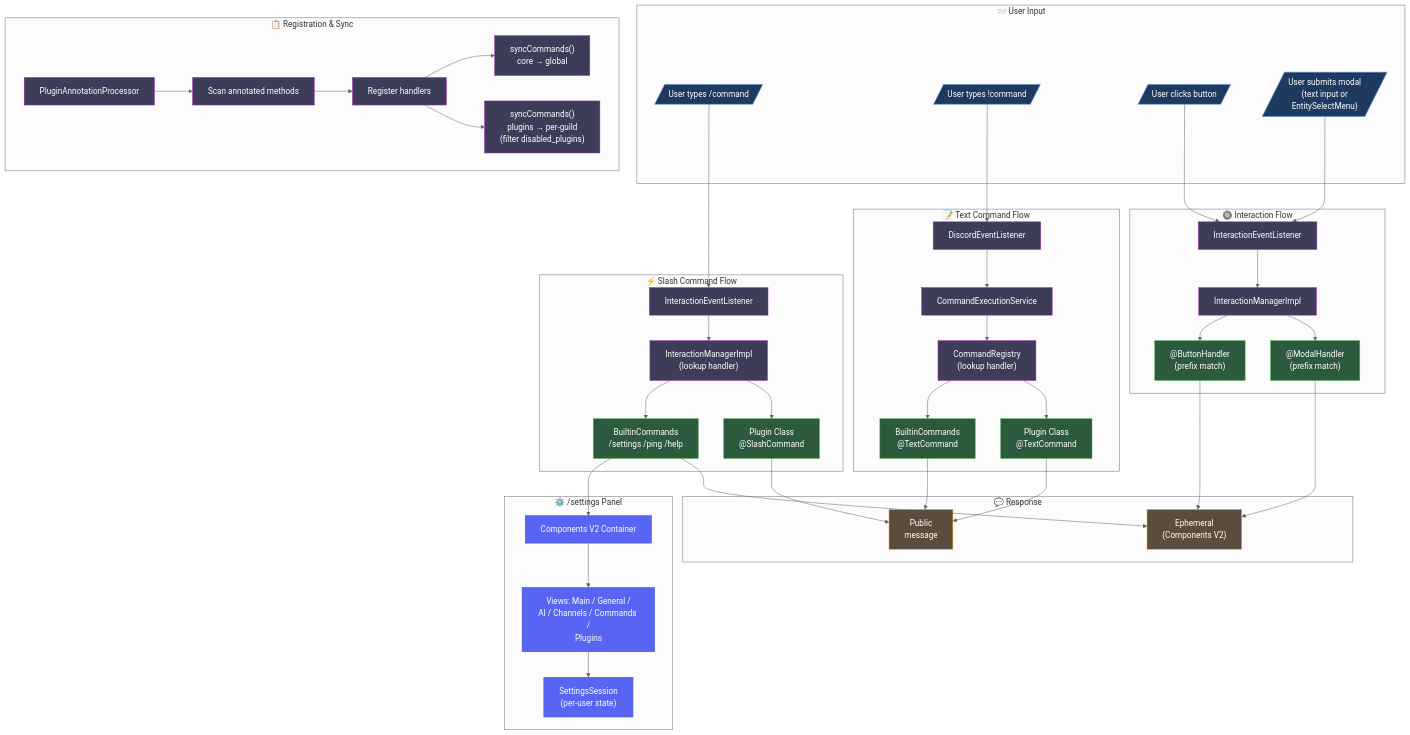
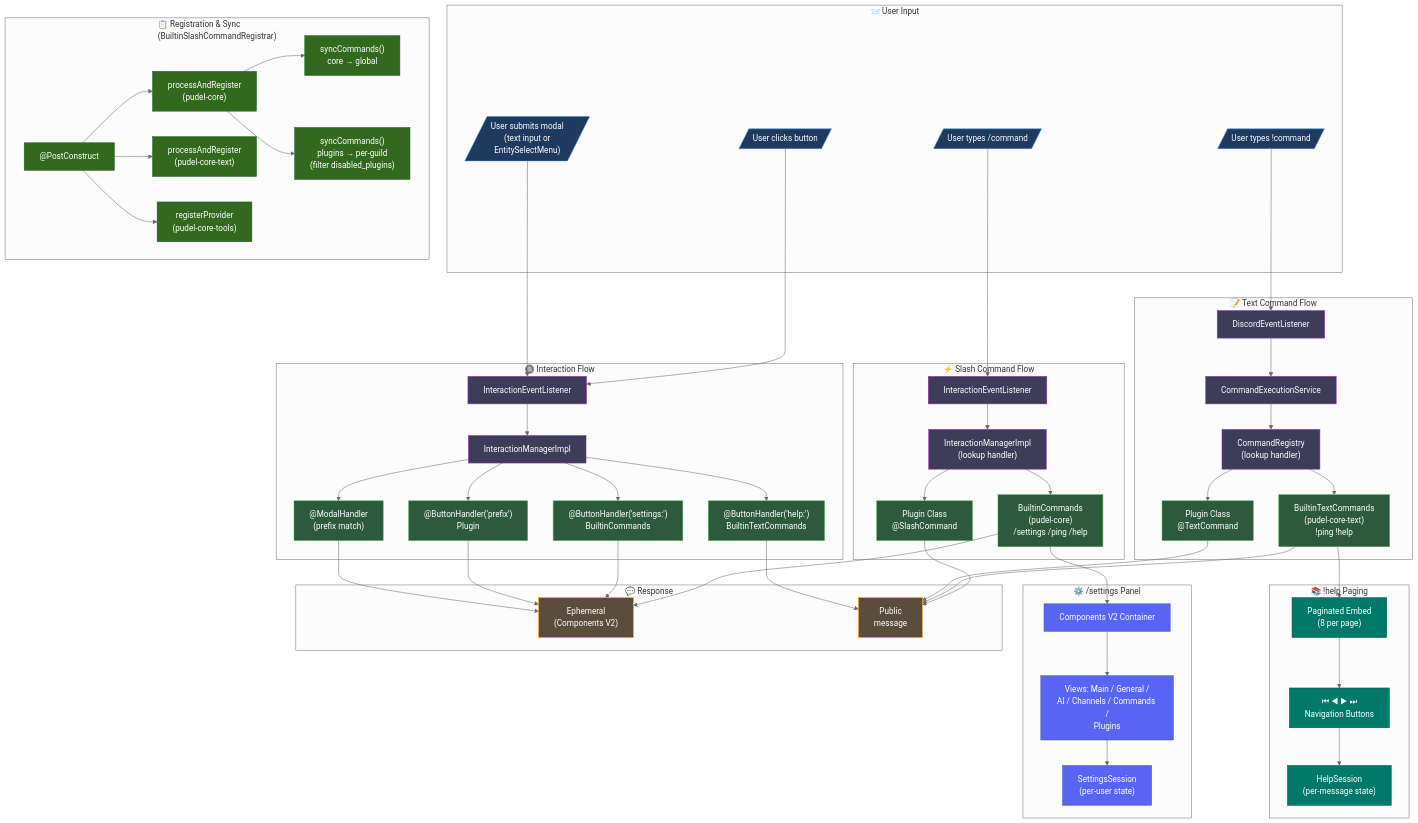
Before and after one commit to Zazalng/Pudel-Spring-Boot: the diagram in docs/flowchart/architecture/CommandSystem.mermaid, drawn with Mermaid (neutral theme). The commit also changed 12 other files, not shown here.

First line of the commit message:
Reimplement TextBase command to be example for plugins-dev, for other is registry this textbase command plugin on initial stage

```diff
--- a/docs/flowchart/architecture/CommandSystem.mermaid
+++ b/docs/flowchart/architecture/CommandSystem.mermaid
@@ -1,103 +1,126 @@
 %% Pudel Command System v2.1.1
-%% Components V2 + Two-Tier Sync
+%% Components V2 + Two-Tier Sync + Unified Built-in Architecture
 
 flowchart TD
     subgraph Input["📨 User Input"]
         SLASH[/"User types /command"/]
         TEXT[/"User types !command"/]
         BUTTON[/"User clicks button"/]
         MODAL[/"User submits modal<br/>(text input or<br/>EntitySelectMenu)"/]
     end
 
     subgraph SlashFlow["⚡ Slash Command Flow"]
         SLASH_LISTENER["InteractionEventListener"]
         SLASH_MANAGER["InteractionManagerImpl<br/>(lookup handler)"]
-        SLASH_BUILTIN["BuiltinCommands<br/>/settings /ping /help"]
+        SLASH_BUILTIN["BuiltinCommands<br/>(pudel-core)<br/>/settings /ping /help"]
         SLASH_PLUGIN["Plugin Class<br/>@SlashCommand"]
     end
 
     subgraph TextFlow["📝 Text Command Flow"]
         TEXT_LISTENER["DiscordEventListener"]
         TEXT_EXEC["CommandExecutionService"]
         TEXT_REGISTRY["CommandRegistry<br/>(lookup handler)"]
-        TEXT_BUILTIN["BuiltinCommands<br/>@TextCommand"]
+        TEXT_BUILTIN["BuiltinTextCommands<br/>(pudel-core-text)<br/>!ping !help"]
         TEXT_PLUGIN["Plugin Class<br/>@TextCommand"]
     end
 
     subgraph InteractionFlow["🔘 Interaction Flow"]
         INTERACT_LISTENER["InteractionEventListener"]
         INTERACT_MANAGER["InteractionManagerImpl"]
-        BUTTON_HANDLER["@ButtonHandler<br/>(prefix match)"]
+        BUTTON_SETTINGS["@ButtonHandler('settings:')<br/>BuiltinCommands"]
+        BUTTON_HELP["@ButtonHandler('help:')<br/>BuiltinTextCommands"]
+        BUTTON_PLUGIN["@ButtonHandler('prefix')<br/>Plugin"]
         MODAL_HANDLER["@ModalHandler<br/>(prefix match)"]
     end
 
-    subgraph Registration["📋 Registration & Sync"]
-        PROCESSOR["PluginAnnotationProcessor"]
-        SCAN["Scan annotated methods"]
-        REGISTER["Register handlers"]
+    subgraph Registration["📋 Registration & Sync<br/>(BuiltinSlashCommandRegistrar)"]
+        REGISTRAR["@PostConstruct"]
+        PROC_SLASH["processAndRegister<br/>(pudel-core)"]
+        PROC_TEXT["processAndRegister<br/>(pudel-core-text)"]
+        PROC_TOOLS["registerProvider<br/>(pudel-core-tools)"]
         SYNC_GLOBAL["syncCommands()<br/>core → global"]
         SYNC_GUILD["syncCommands()<br/>plugins → per-guild<br/>(filter disabled_plugins)"]
     end
 
     subgraph SettingsPanel["⚙️ /settings Panel"]
         CV2["Components V2 Container"]
         VIEWS["Views: Main / General /<br/>AI / Channels / Commands /<br/>Plugins"]
         SESSION["SettingsSession<br/>(per-user state)"]
+    end
+
+    subgraph HelpPanel["📚 !help Paging"]
+        HELP_EMBED["Paginated Embed<br/>(8 per page)"]
+        HELP_BUTTONS["⏮ ◀ ▶ ⏭<br/>Navigation Buttons"]
+        HELP_SESSION["HelpSession<br/>(per-message state)"]
     end
 
     subgraph Response["💬 Response"]
         REPLY_EPH["Ephemeral<br/>(Components V2)"]
         REPLY_PUB["Public<br/>message"]
     end
 
     %% Slash flow
     SLASH --> SLASH_LISTENER
     SLASH_LISTENER --> SLASH_MANAGER
     SLASH_MANAGER --> SLASH_BUILTIN
     SLASH_MANAGER --> SLASH_PLUGIN
 
     %% /settings opens Components V2
     SLASH_BUILTIN --> CV2
     CV2 --> VIEWS
     VIEWS --> SESSION
 
     %% Text flow
     TEXT --> TEXT_LISTENER
     TEXT_LISTENER --> TEXT_EXEC
     TEXT_EXEC --> TEXT_REGISTRY
     TEXT_REGISTRY --> TEXT_BUILTIN
     TEXT_REGISTRY --> TEXT_PLUGIN
 
+    %% !help opens paged embed
+    TEXT_BUILTIN --> HELP_EMBED
+    HELP_EMBED --> HELP_BUTTONS
+    HELP_BUTTONS --> HELP_SESSION
+
     %% Interaction flow
     BUTTON --> INTERACT_LISTENER
     MODAL --> INTERACT_LISTENER
     INTERACT_LISTENER --> INTERACT_MANAGER
-    INTERACT_MANAGER --> BUTTON_HANDLER
+    INTERACT_MANAGER --> BUTTON_SETTINGS
+    INTERACT_MANAGER --> BUTTON_HELP
+    INTERACT_MANAGER --> BUTTON_PLUGIN
     INTERACT_MANAGER --> MODAL_HANDLER
 
     %% Registration
-    PROCESSOR --> SCAN
-    SCAN --> REGISTER
-    REGISTER --> SYNC_GLOBAL
-    REGISTER --> SYNC_GUILD
+    REGISTRAR --> PROC_SLASH
+    REGISTRAR --> PROC_TEXT
+    REGISTRAR --> PROC_TOOLS
+    PROC_SLASH --> SYNC_GLOBAL
+    PROC_SLASH --> SYNC_GUILD
 
     %% All handlers lead to response
     SLASH_BUILTIN --> REPLY_EPH
     SLASH_PLUGIN --> REPLY_PUB
     TEXT_BUILTIN --> REPLY_PUB
     TEXT_PLUGIN --> REPLY_PUB
-    BUTTON_HANDLER --> REPLY_EPH
+    BUTTON_SETTINGS --> REPLY_EPH
+    BUTTON_HELP --> REPLY_PUB
+    BUTTON_PLUGIN --> REPLY_EPH
     MODAL_HANDLER --> REPLY_EPH
 
     %% Styling
     classDef input fill:#1e3a5f,stroke:#4a90d9,color:#fff
     classDef handler fill:#2d5a3d,stroke:#4CAF50,color:#fff
     classDef system fill:#3d3d5a,stroke:#9c27b0,color:#fff
     classDef response fill:#5a4d3d,stroke:#ff9800,color:#fff
     classDef cv2 fill:#5865F2,stroke:#4752C4,color:#fff
+    classDef help fill:#00796b,stroke:#004d40,color:#fff
+    classDef registration fill:#33691e,stroke:#1b5e20,color:#fff
 
     class SLASH,TEXT,BUTTON,MODAL input
-    class SLASH_BUILTIN,SLASH_PLUGIN,TEXT_BUILTIN,TEXT_PLUGIN,BUTTON_HANDLER,MODAL_HANDLER handler
-    class SLASH_LISTENER,SLASH_MANAGER,TEXT_LISTENER,TEXT_EXEC,TEXT_REGISTRY,INTERACT_LISTENER,INTERACT_MANAGER,PROCESSOR,SCAN,REGISTER,SYNC_GLOBAL,SYNC_GUILD system
+    class SLASH_BUILTIN,SLASH_PLUGIN,TEXT_BUILTIN,TEXT_PLUGIN,BUTTON_SETTINGS,BUTTON_HELP,BUTTON_PLUGIN,MODAL_HANDLER handler
+    class SLASH_LISTENER,SLASH_MANAGER,TEXT_LISTENER,TEXT_EXEC,TEXT_REGISTRY,INTERACT_LISTENER,INTERACT_MANAGER system
     class REPLY_EPH,REPLY_PUB response
     class CV2,VIEWS,SESSION cv2
+    class HELP_EMBED,HELP_BUTTONS,HELP_SESSION help
+    class REGISTRAR,PROC_SLASH,PROC_TEXT,PROC_TOOLS,SYNC_GLOBAL,SYNC_GUILD registration
```
